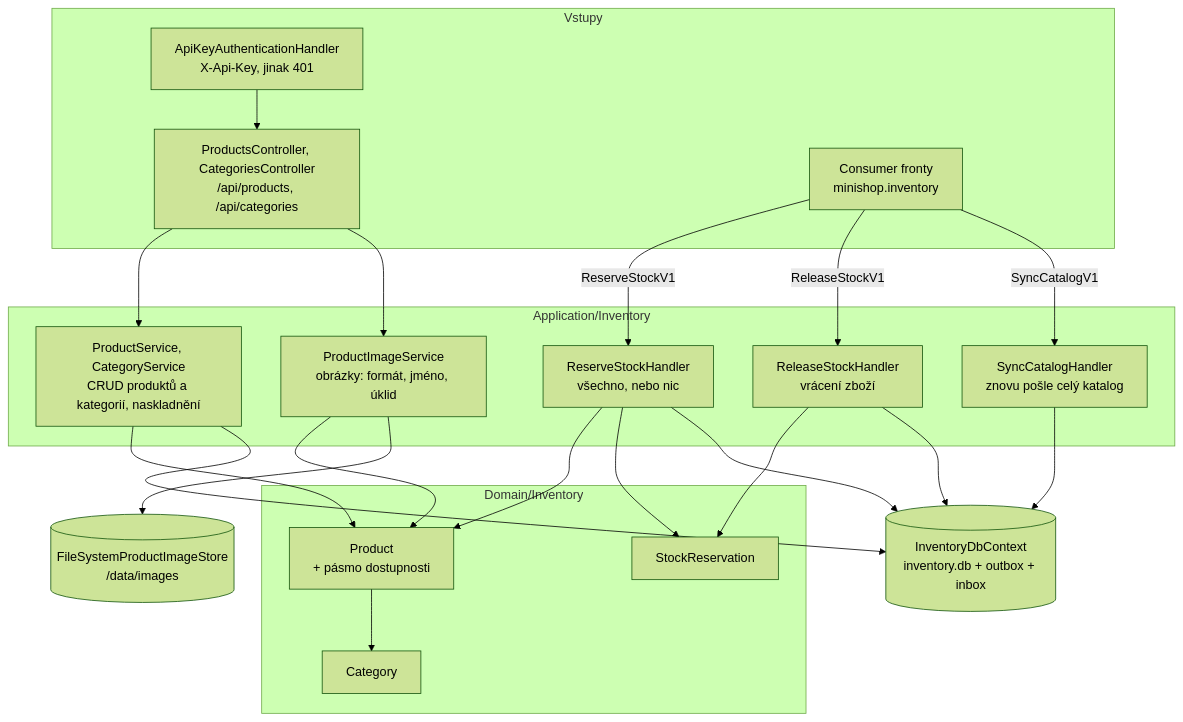
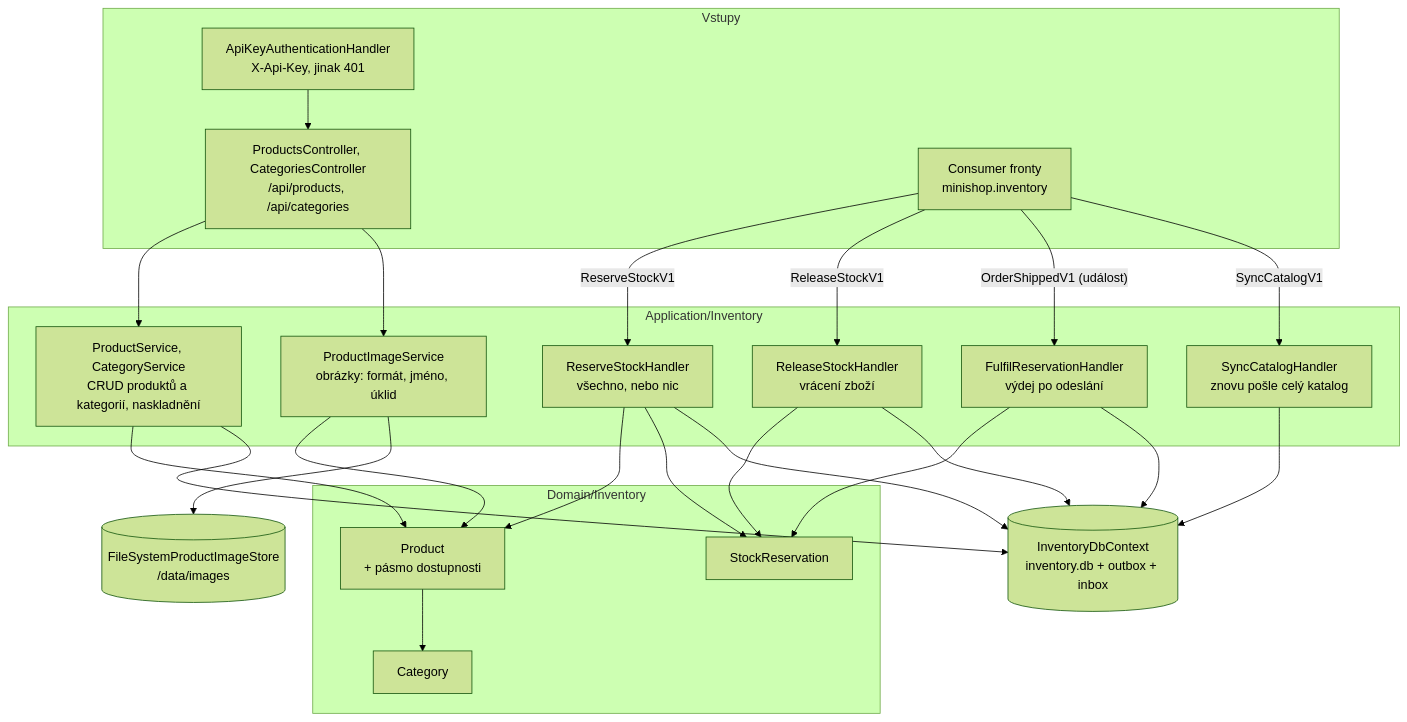
Before and after one commit to ftichy/MiniShop: the diagram in docs/prirucka/architektura/moduly/inventory.md, drawn with Mermaid (forest theme). The commit also changed other lines of this file and 68 other files, not shown here.

First line of the commit message:
ESHOP STEP6: expedice (balení, odeslání, doručení)

````diff
--- a/docs/prirucka/architektura/moduly/inventory.md
+++ b/docs/prirucka/architektura/moduly/inventory.md
@@ -12,50 +12,55 @@
 ```mermaid
 flowchart TB
     subgraph entry["Vstupy"]
         key["ApiKeyAuthenticationHandler<br/>X-Api-Key, jinak 401"]
         rest["ProductsController, CategoriesController<br/>/api/products, /api/categories"]
         consumer["Consumer fronty<br/>minishop.inventory"]
     end
 
     subgraph app["Application/Inventory"]
         svc["ProductService, CategoryService<br/>CRUD produktů a kategorií, naskladnění"]
         reserve["ReserveStockHandler<br/>všechno, nebo nic"]
         release["ReleaseStockHandler<br/>vrácení zboží"]
+        fulfil["FulfilReservationHandler<br/>výdej po odeslání"]
         syncH["SyncCatalogHandler<br/>znovu pošle celý katalog"]
         images["ProductImageService<br/>obrázky: formát, jméno, úklid"]
     end
 
     subgraph domain["Domain/Inventory"]
         product["Product<br/>+ pásmo dostupnosti"]
         category["Category"]
         reservation["StockReservation"]
     end
 
     db[("InventoryDbContext<br/>inventory.db + outbox + inbox")]
     files[("FileSystemProductImageStore<br/>/data/images")]
 
     key --> rest
     rest --> svc
     rest --> images
     images --> product
     images --> files
     consumer -->|ReserveStockV1| reserve
     consumer -->|ReleaseStockV1| release
+    consumer -->|"OrderShippedV1 (událost)"| fulfil
     consumer -->|SyncCatalogV1| syncH
     svc --> product
     product --> category
     reserve --> product
     reserve --> reservation
     release --> reservation
+    fulfil --> reservation
     svc --> db
     reserve --> db
     release --> db
+    fulfil --> db
     syncH --> db
 
     click reserve "/Docs/toky/vytvoreni-objednavky"
     click release "/Docs/toky/zruseni-a-vyrizeni"
+    click fulfil "/Docs/toky/expedice"
     click syncH "/Docs/toky/obnova-katalogu"
     click db "/Docs/eda/outbox"
     click consumer "/Docs/eda/broker"
     click svc "/Docs/toky/zmena-produktu"
 ```
````
